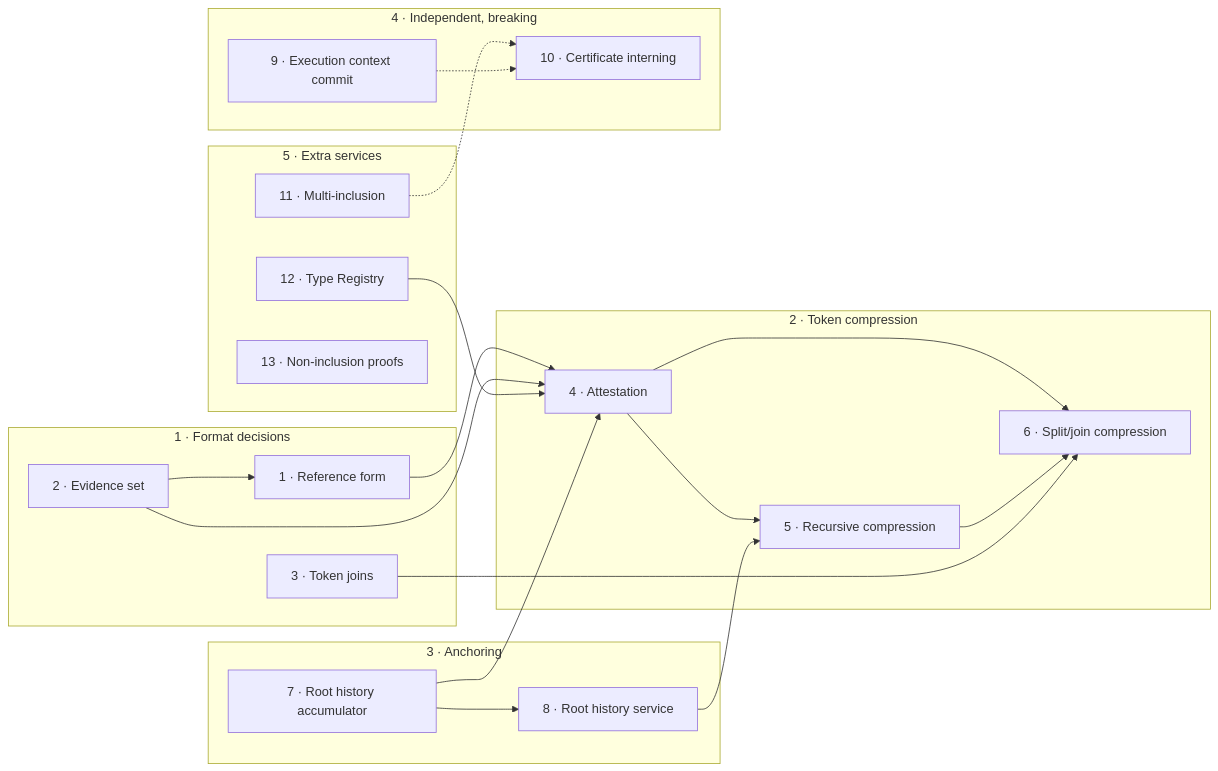
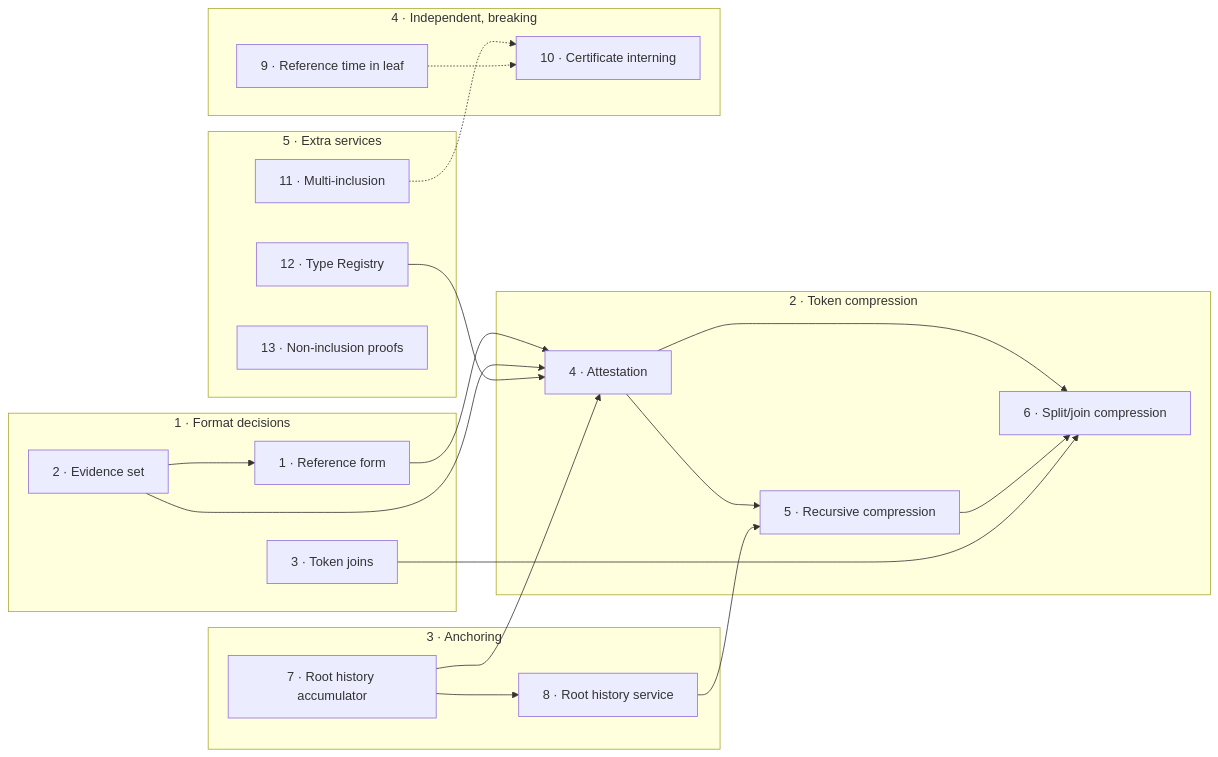
Before and after one commit to unicitynetwork/unicity-yellowpaper-tex: the diagram in token-layer-change-proposals.md, drawn with Mermaid. The commit also changed other lines of this file, not shown here.

Commit message:
deck: retarget #9 to the leaf value, BFT-enforced

````diff
--- a/token-layer-change-proposals.md
+++ b/token-layer-change-proposals.md
@@ -39,41 +39,41 @@
 ```mermaid
 graph LR
   subgraph t1["1 · Format decisions"]
     C1[1 · Reference form]
     C2[2 · Evidence set]
     C3[3 · Token joins]
   end
   subgraph t2["2 · Token compression"]
     C4[4 · Attestation]
     C5[5 · Recursive compression]
     C6[6 · Split/join compression]
   end
   subgraph t3["3 · Anchoring"]
     C7[7 · Root history accumulator]
     C8[8 · Root history service]
   end
   subgraph t4["4 · Independent, breaking"]
-    C9[9 · Execution context commit]
+    C9[9 · Reference time in leaf]
     C10[10 · Certificate interning]
   end
   subgraph t5["5 · Extra services"]
     C11[11 · Multi-inclusion]
     C12[12 · Type Registry]
     C13[13 · Non-inclusion proofs]
   end
 
   C2 --> C1
   C1 --> C4
   C2 --> C4
   C7 --> C4
   C12 --> C4
   C7 --> C8
   C4 --> C5
   C8 --> C5
   C4 --> C6
   C5 --> C6
   C3 --> C6
   C11 -.-> C10
   C9 -.-> C10
 
 ```
````
